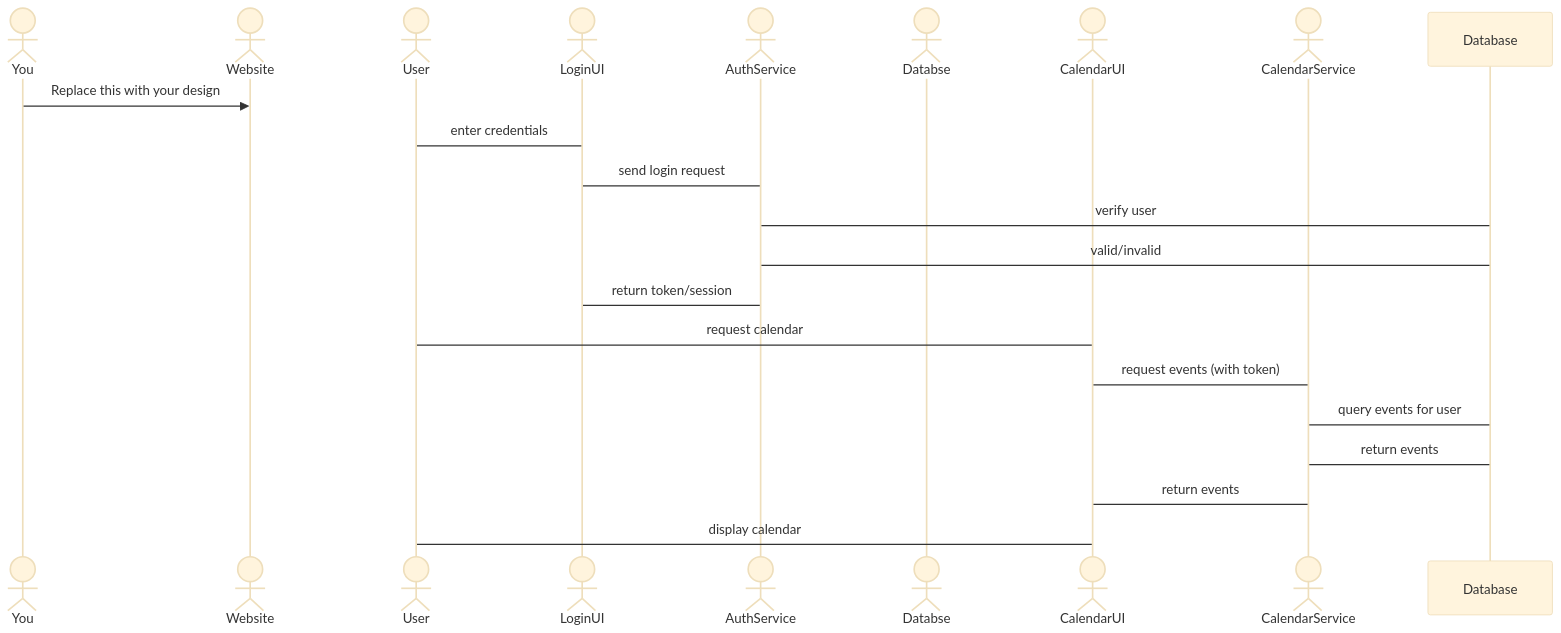
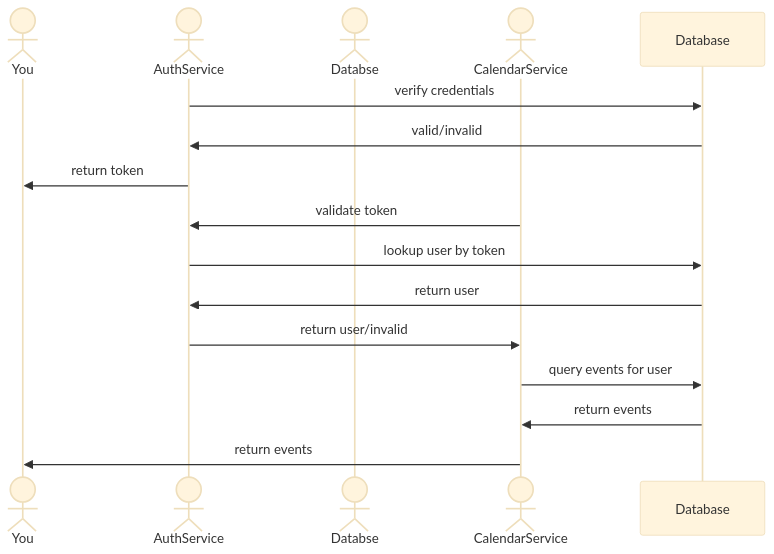
One commit to atkfuller/startup changed the diagram in README.md. Above: the diagram before and after it, drawn with Mermaid (base theme). The commit also changed other lines of this file, not shown here.

Commit message:
Update sequence diagram

````diff
--- a/README.md
+++ b/README.md
@@ -38,24 +38,19 @@
 ```mermaid
 sequenceDiagram
     actor You
-    actor Website
-    actor User
-    actor LoginUI
     actor AuthService
     actor Databse
-    actor CalendarUI
     actor CalendarService
-    You->>Website: Replace this with your design
-    User -> LoginUI: enter credentials
-    LoginUI -> AuthService: send login request
-    AuthService -> Database: verify user
-    Database -> AuthService: valid/invalid
-    AuthService -> LoginUI: return token/session
+    AuthService ->> Database: verify credentials
+    Database ->> AuthService: valid/invalid
+    AuthService ->> You: return token
 
-    User -> CalendarUI: request calendar
-    CalendarUI -> CalendarService: request events (with token)
-    CalendarService -> Database: query events for user
-    Database -> CalendarService: return events
-    CalendarService -> CalendarUI: return events
-    CalendarUI -> User: display calendar
+    CalendarService ->> AuthService: validate token
+    AuthService ->> Database: lookup user by token
+    Database ->> AuthService: return user
+    AuthService ->> CalendarService: return user/invalid
+
+    CalendarService ->> Database: query events for user
+    Database ->> CalendarService: return events
+    CalendarService ->> You: return events
 ```
````
